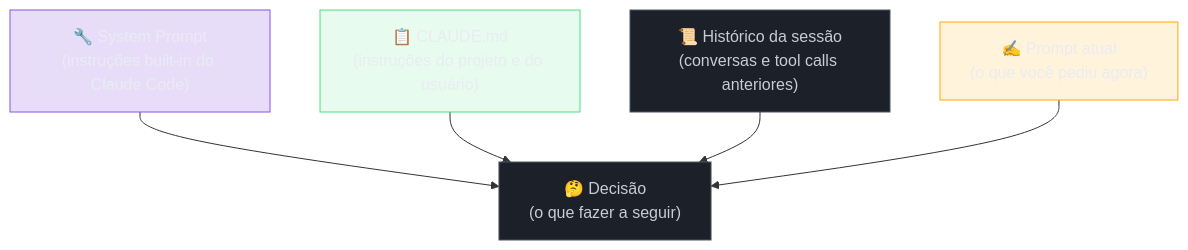
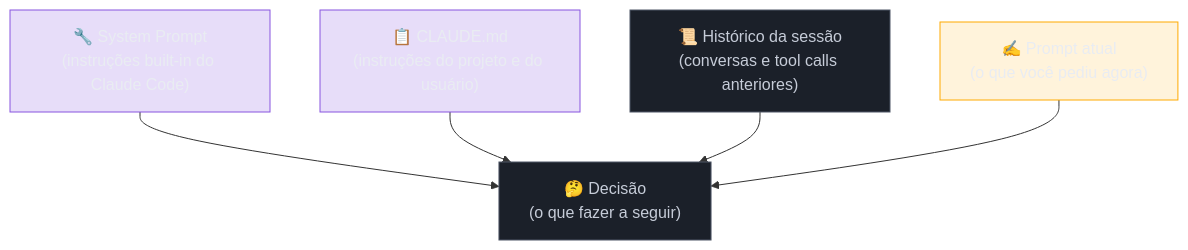
The diagram in 03-Dominios/Tecnologia/IA/Claude Code/Mental Model/08 - Como o agente decide.md (josenaldo/codex-technomanticus), drawn with Mermaid before and after one commit. The commit also changed 601 other files, not shown here.

````diff
--- a/03-Dominios/Tecnologia/IA/Claude Code/Mental Model/08 - Como o agente decide.md
+++ b/03-Dominios/Tecnologia/IA/Claude Code/Mental Model/08 - Como o agente decide.md
@@ -38,23 +38,22 @@
 ```mermaid
 flowchart TD
     classDef neutro fill:#1B2029,stroke:#4E5666,color:#C6CCD8
     classDef marca fill:#8855DF33,stroke:#8855DF,color:#E9ECF2
-    classDef ok fill:#4ADE8021,stroke:#4ADE80,color:#E9ECF2
     classDef destaque fill:#FFAA0024,stroke:#FFAA00,color:#E9ECF2
     SP["🔧 System Prompt\n(instruções built-in do Claude Code)"]
     CM["📋 CLAUDE.md\n(instruções do projeto e do usuário)"]
     HS["📜 Histórico da sessão\n(conversas e tool calls anteriores)"]
     PT["✍️ Prompt atual\n(o que você pediu agora)"]
     DC["🤔 Decisão\n(o que fazer a seguir)"]
 
     SP --> DC
     CM --> DC
     HS --> DC
     PT --> DC
 
     class DC neutro
     class SP marca
-    class CM ok
+    class CM marca
     class HS neutro
     class PT destaque
 ```
````
